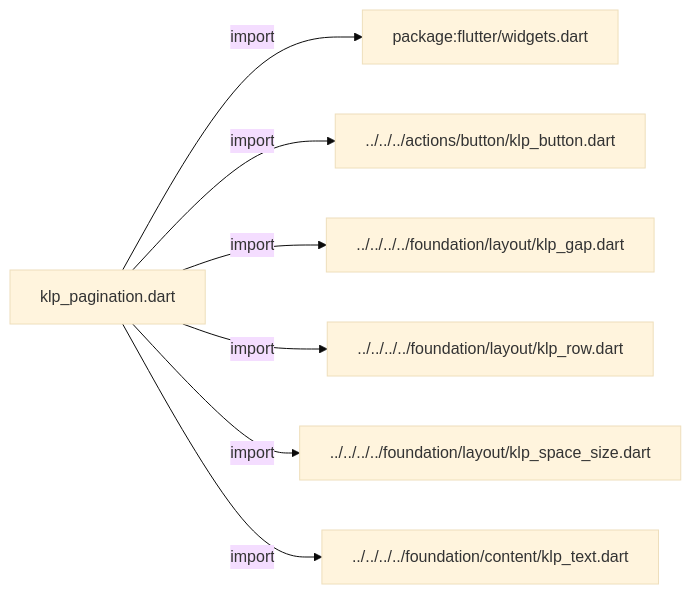
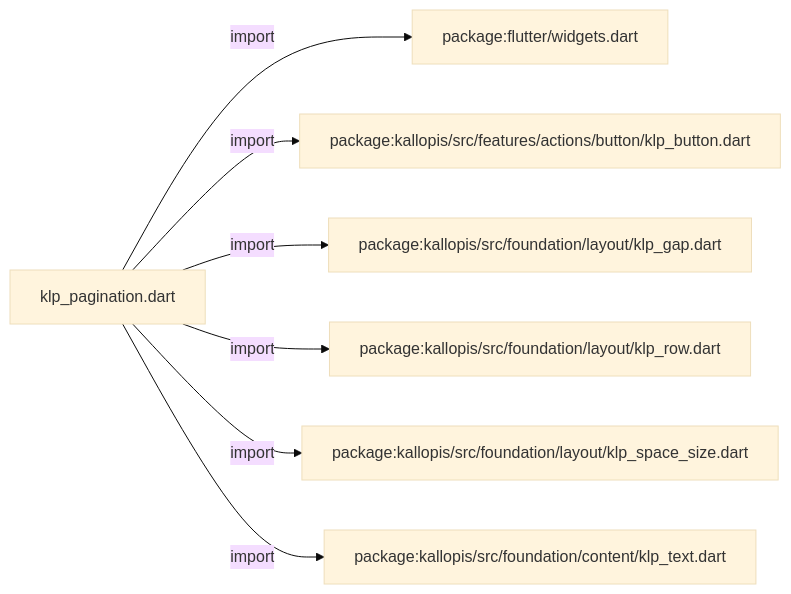
The first of 3 diagrams in docs/architecture/src/features/navigation/widgets/controls/klp_pagination.md (MiuDog/Kallopis), drawn with Mermaid (base theme) before and after one commit. The commit also changed other lines of this file and 9688 other files, not shown here.

Commit message:
Prepare isolated Flow F2 peer baseline

````diff
--- a/docs/architecture/src/features/navigation/widgets/controls/klp_pagination.md
+++ b/docs/architecture/src/features/navigation/widgets/controls/klp_pagination.md
@@ -11,16 +11,16 @@
 ```mermaid
 flowchart LR
 	n0["klp_pagination.dart"]
 	n1["package:flutter/widgets.dart"]
-	n2["../../../actions/button/klp_button.dart"]
-	n3["../../../../foundation/layout/klp_gap.dart"]
-	n4["../../../../foundation/layout/klp_row.dart"]
-	n5["../../../../foundation/layout/klp_space_size.dart"]
-	n6["../../../../foundation/content/klp_text.dart"]
+	n2["package:kallopis/src/features/actions/button/klp_button.dart"]
+	n3["package:kallopis/src/foundation/layout/klp_gap.dart"]
+	n4["package:kallopis/src/foundation/layout/klp_row.dart"]
+	n5["package:kallopis/src/foundation/layout/klp_space_size.dart"]
+	n6["package:kallopis/src/foundation/content/klp_text.dart"]
 	n0 -->|"import"| n1
 	n0 -->|"import"| n2
 	n0 -->|"import"| n3
 	n0 -->|"import"| n4
 	n0 -->|"import"| n5
 	n0 -->|"import"| n6
 ```
````
